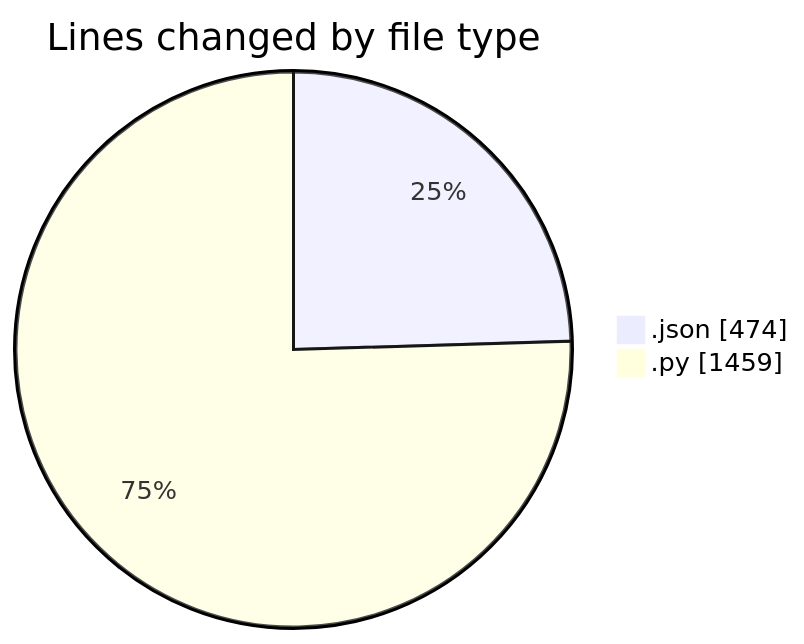
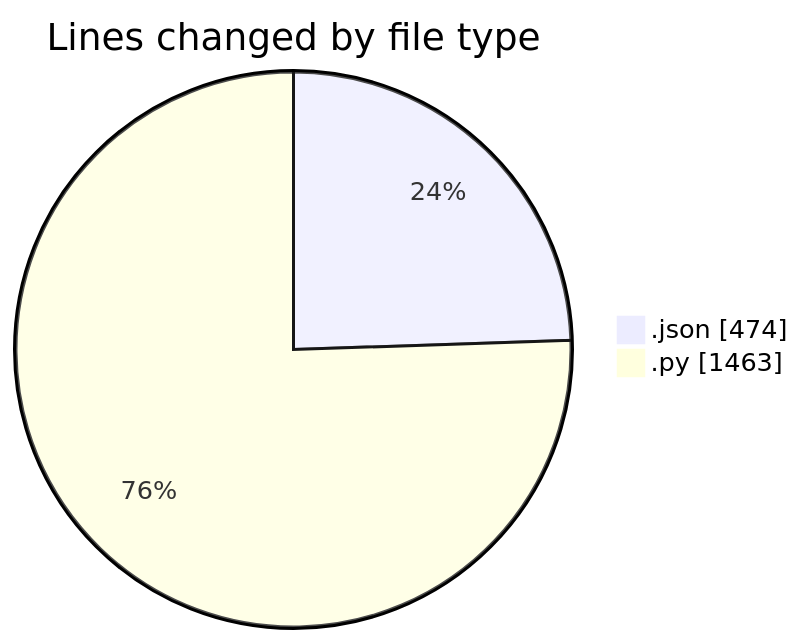
One commit to MatusMokan/code-tracking changed the first of 2 diagrams in 2025-02-19/myws__workspace_/README.md. Above: the diagram before and after it, drawn with Mermaid. The commit also changed other lines of this file and 1 other file, not shown here.

````diff
--- a/2025-02-19/myws__workspace_/README.md
+++ b/2025-02-19/myws__workspace_/README.md
@@ -26,6 +26,6 @@
 ```mermaid
 pie showData
 title Lines changed by file type
 ".json" : 474
-".py" : 1459
+".py" : 1463
 ```
````
